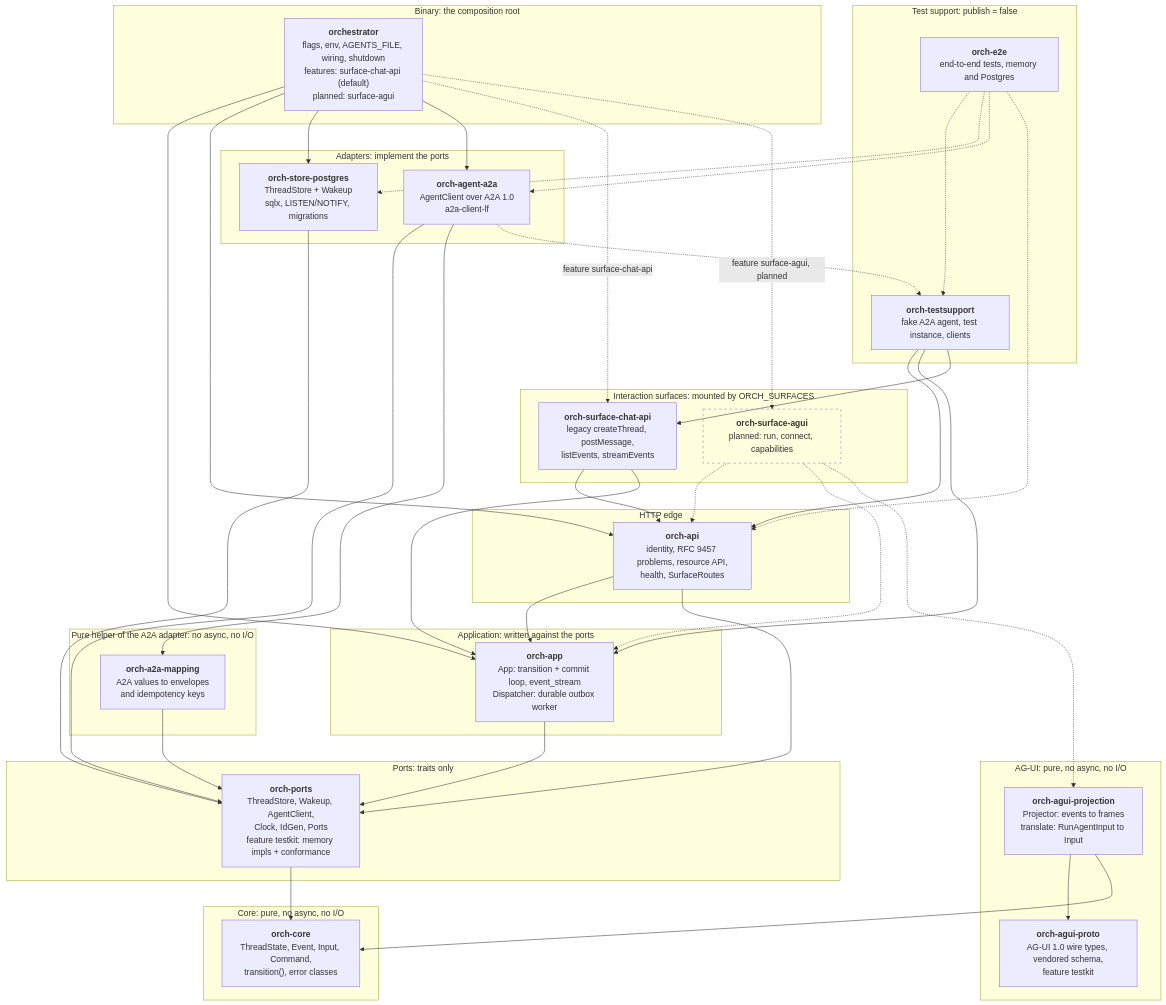
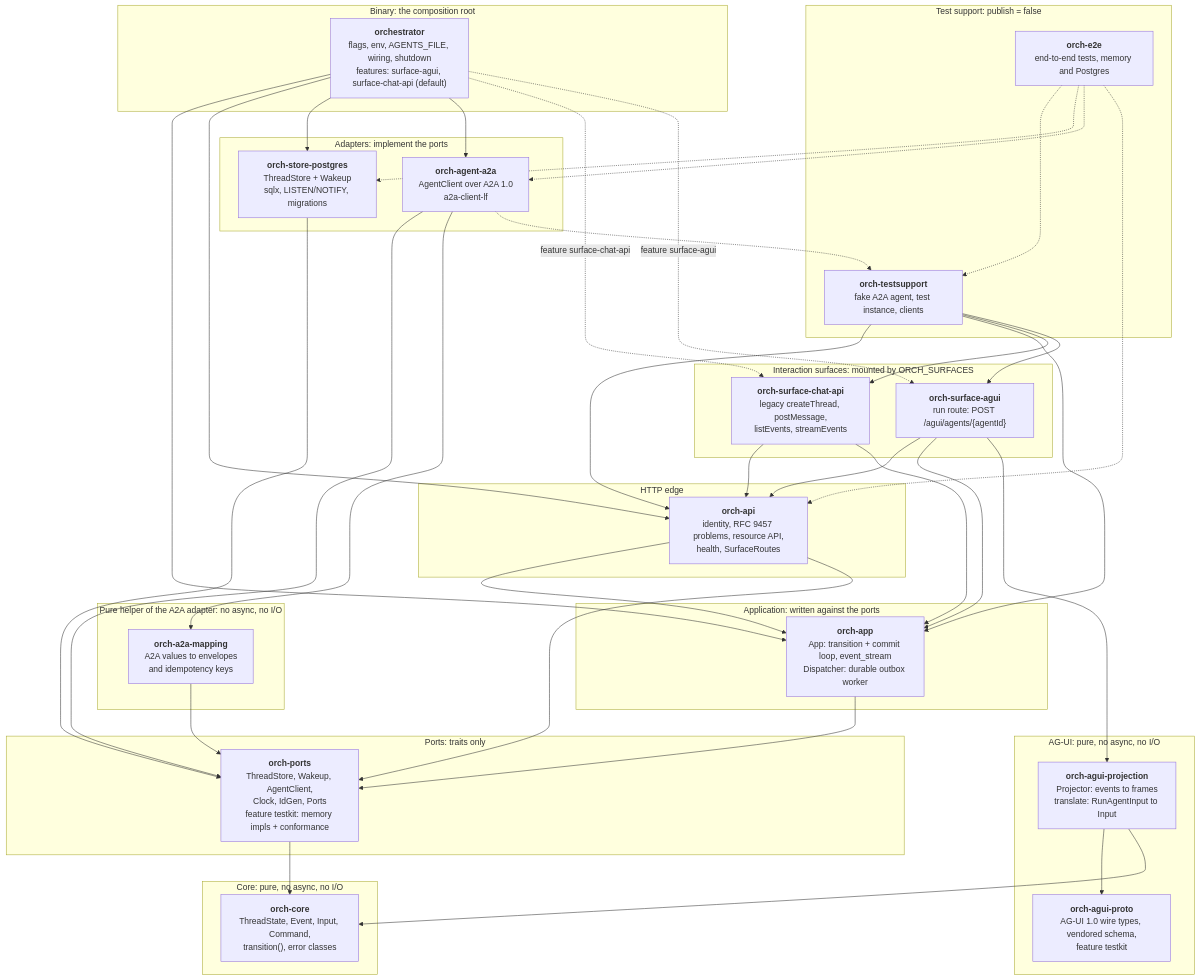
The first of 10 diagrams in docs/orchestrator.md (vymalo/another-agentic-system), drawn with Mermaid before and after one commit. The commit also changed other lines of this file and 52 other files, not shown here.

````diff
--- a/docs/orchestrator.md
+++ b/docs/orchestrator.md
@@ -58,69 +58,70 @@
 ```mermaid
 flowchart TB
   subgraph G_CORE["Core: pure, no async, no I/O"]
     core["<b>orch-core</b><br/>ThreadState, Event, Input, Command,<br/>transition(), error classes"]
   end
   subgraph G_PORTS["Ports: traits only"]
     ports["<b>orch-ports</b><br/>ThreadStore, Wakeup, AgentClient,<br/>Clock, IdGen, Ports<br/>feature testkit: memory impls + conformance"]
   end
   subgraph G_ADAPT["Adapters: implement the ports"]
     pg["<b>orch-store-postgres</b><br/>ThreadStore + Wakeup<br/>sqlx, LISTEN/NOTIFY, migrations"]
     a2a["<b>orch-agent-a2a</b><br/>AgentClient over A2A 1.0<br/>a2a-client-lf"]
   end
   subgraph G_MAP["Pure helper of the A2A adapter: no async, no I/O"]
     a2amap["<b>orch-a2a-mapping</b><br/>A2A values to envelopes<br/>and idempotency keys"]
   end
   subgraph G_APP["Application: written against the ports"]
     app["<b>orch-app</b><br/>App: transition + commit loop, event_stream<br/>Dispatcher: durable outbox worker"]
   end
   subgraph G_EDGE["HTTP edge"]
     api["<b>orch-api</b><br/>identity, RFC 9457 problems, resource API,<br/>health, SurfaceRoutes"]
   end
   subgraph G_SURF["Interaction surfaces: mounted by ORCH_SURFACES"]
     chat["<b>orch-surface-chat-api</b><br/>legacy createThread, postMessage,<br/>listEvents, streamEvents"]
-    surfagui["<b>orch-surface-agui</b><br/>planned: run, connect, capabilities"]:::planned
+    surfagui["<b>orch-surface-agui</b><br/>run route: POST /agui/agents/{agentId}"]
   end
   subgraph G_AGUI["AG-UI: pure, no async, no I/O"]
     proto["<b>orch-agui-proto</b><br/>AG-UI 1.0 wire types, vendored schema,<br/>feature testkit"]
     proj["<b>orch-agui-projection</b><br/>Projector: events to frames<br/>translate: RunAgentInput to Input"]
   end
   subgraph G_BIN["Binary: the composition root"]
-    bin["<b>orchestrator</b><br/>flags, env, AGENTS_FILE, wiring, shutdown<br/>features: surface-chat-api (default)<br/>planned: surface-agui"]
+    bin["<b>orchestrator</b><br/>flags, env, AGENTS_FILE, wiring, shutdown<br/>features: surface-agui, surface-chat-api (default)"]
   end
   subgraph G_TEST["Test support: publish = false"]
     ts["<b>orch-testsupport</b><br/>fake A2A agent, test instance, clients"]
     e2e["<b>orch-e2e</b><br/>end-to-end tests, memory and Postgres"]
   end
 
   ports --> core
   pg --> ports
   a2a --> ports
   a2a --> a2amap
   a2amap --> ports
   app --> ports
   api --> app
   api --> ports
   chat --> api
   chat --> app
   proj --> proto
   proj --> core
   bin --> app
   bin --> api
   bin --> pg
   bin --> a2a
   bin -. "feature surface-chat-api" .-> chat
-  bin -. "feature surface-agui, planned" .-> surfagui
-  surfagui -.-> api
-  surfagui -.-> app
-  surfagui -.-> proj
+  bin -. "feature surface-agui" .-> surfagui
+  surfagui --> api
+  surfagui --> app
+  surfagui --> proj
   ts --> api
   ts --> app
   ts --> chat
+  ts --> surfagui
   e2e -.-> ts
   e2e -.-> pg
   e2e -.-> a2a
   e2e -.-> api
   a2a -.-> ts
 
   classDef planned stroke-dasharray: 5 5,fill:none
 ```
````
